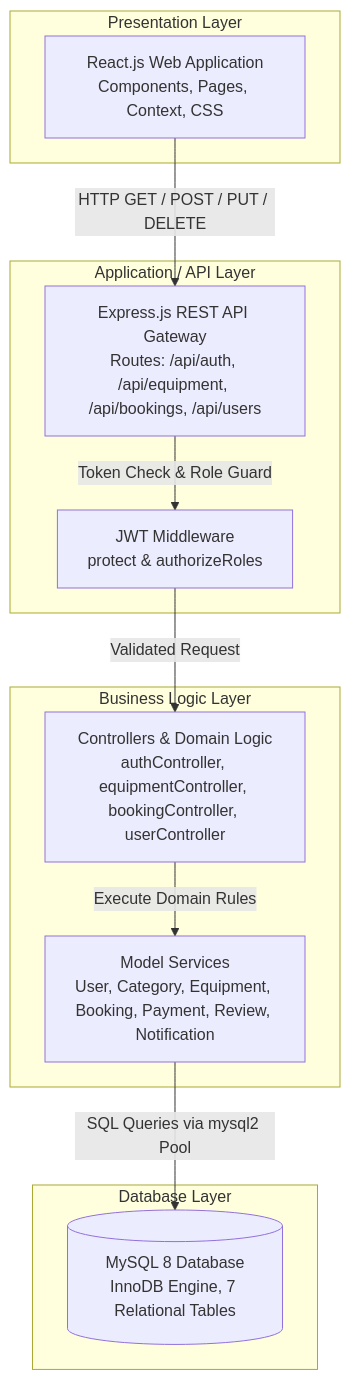
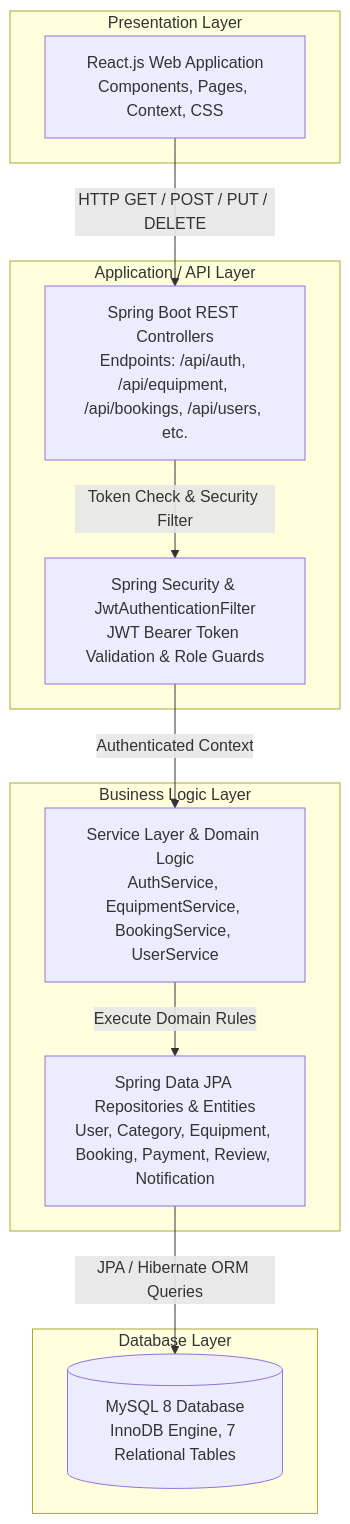
Before and after one commit to smsanjay991-cell/Agricultural-Equipment-Rental-Marketplace: the diagram in docs/architecture/high-level-architecture.md, drawn with Mermaid. The commit also changed other lines of this file and 278 other files, not shown here.

````diff
--- a/docs/architecture/high-level-architecture.md
+++ b/docs/architecture/high-level-architecture.md
@@ -11,26 +11,26 @@
 ```mermaid
 graph TD
     subgraph Layer1 [Presentation Layer]
         UI[React.js Web Application<br/>Components, Pages, Context, CSS]
     end
 
     subgraph Layer2 [Application / API Layer]
-        API[Express.js REST API Gateway<br/>Routes: /api/auth, /api/equipment, /api/bookings, /api/users]
-        AUTH[JWT Middleware<br/>protect & authorizeRoles]
+        API[Spring Boot REST Controllers<br/>Endpoints: /api/auth, /api/equipment, /api/bookings, /api/users, etc.]
+        AUTH[Spring Security & JwtAuthenticationFilter<br/>JWT Bearer Token Validation & Role Guards]
     end
 
     subgraph Layer3 [Business Logic Layer]
-        CTRL[Controllers & Domain Logic<br/>authController, equipmentController, bookingController, userController]
-        MDL[Model Services<br/>User, Category, Equipment, Booking, Payment, Review, Notification]
+        CTRL[Service Layer & Domain Logic<br/>AuthService, EquipmentService, BookingService, UserService]
+        MDL[Spring Data JPA Repositories & Entities<br/>User, Category, Equipment, Booking, Payment, Review, Notification]
     end
 
     subgraph Layer4 [Database Layer]
         DB[(MySQL 8 Database<br/>InnoDB Engine, 7 Relational Tables)]
     end
 
     UI -->|HTTP GET / POST / PUT / DELETE| API
-    API -->|Token Check & Role Guard| AUTH
-    AUTH -->|Validated Request| CTRL
+    API -->|Token Check & Security Filter| AUTH
+    AUTH -->|Authenticated Context| CTRL
     CTRL -->|Execute Domain Rules| MDL
-    MDL -->|SQL Queries via mysql2 Pool| DB
+    MDL -->|JPA / Hibernate ORM Queries| DB
 ```
````
